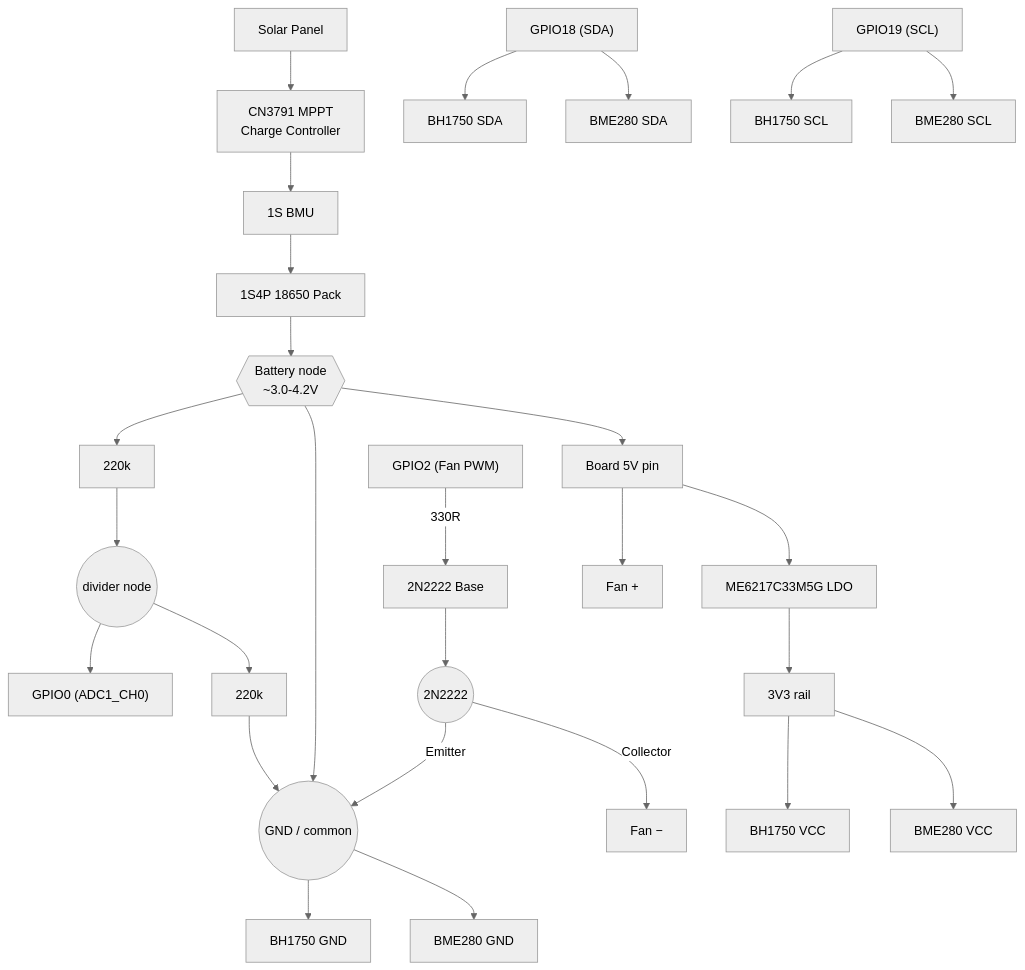
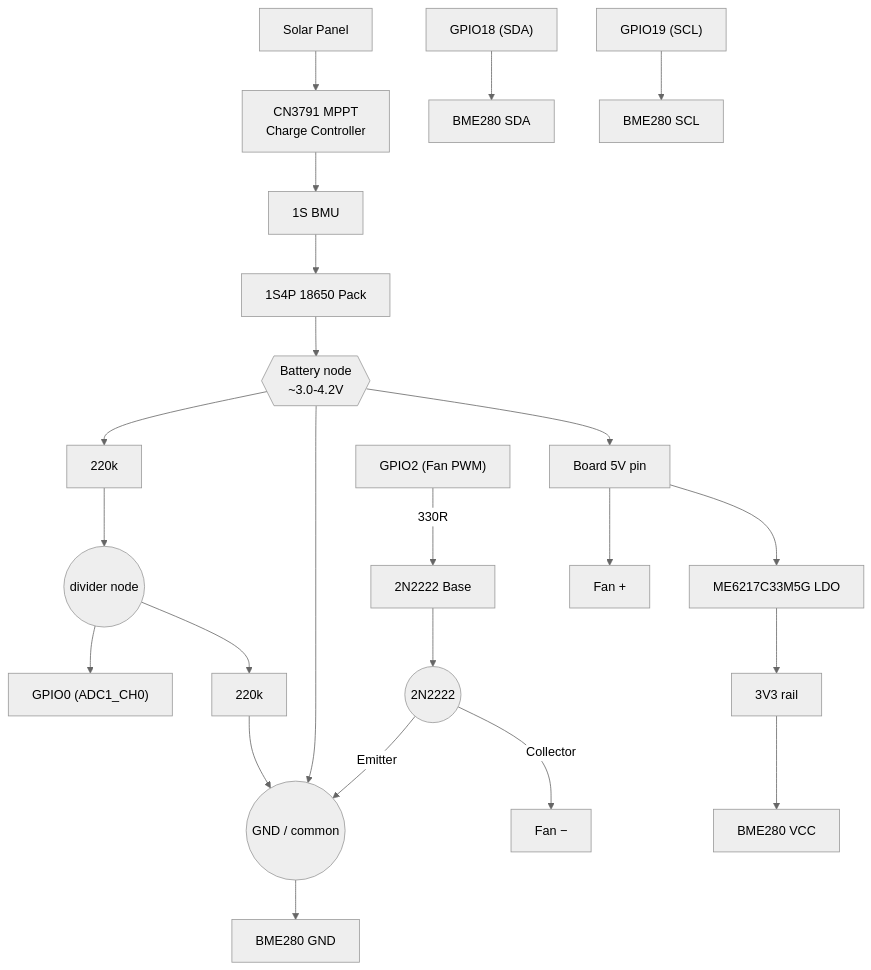
One commit to mcleancraig/weather-sensor-esp32 changed the diagram in README.md. Above: the diagram before and after it, drawn with Mermaid (neutral theme). The commit also changed other lines of this file and 2 other files, not shown here.

````diff
--- a/README.md
+++ b/README.md
@@ -83,34 +82,29 @@
 ```mermaid
 flowchart TD
     SOLAR[Solar Panel] --> CN3791[CN3791 MPPT<br/>Charge Controller]
     CN3791 --> BMU[1S BMU]
     BMU --> PACK[1S4P 18650 Pack]
     PACK --> VBATT{{"Battery node<br/>~3.0-4.2V"}}
 
     VBATT --> V5["Board 5V pin"]
     VBATT --> GND(("GND / common"))
     VBATT --> RA["220k"]
     RA --> ADCN(("divider node"))
     ADCN --> RB["220k"]
     RB --> GND
     ADCN --> GPIO0["GPIO0 (ADC1_CH0)"]
 
     V5 --> LDO["ME6217C33M5G LDO"]
     LDO --> V33["3V3 rail"]
 
     V33 --> BMEVCC["BME280 VCC"]
     GND --> BMEGND["BME280 GND"]
     GPIO18["GPIO18 (SDA)"] --> BMESDA["BME280 SDA"]
     GPIO19["GPIO19 (SCL)"] --> BMESCL["BME280 SCL"]
 
-    V33 --> BHVCC["BH1750 VCC"]
-    GND --> BHGND["BH1750 GND"]
-    GPIO18 --> BHSDA["BH1750 SDA"]
-    GPIO19 --> BHSCL["BH1750 SCL"]
-
     GPIO2["GPIO2 (Fan PWM)"] -->|330R| BASE["2N2222 Base"]
     BASE --> Q1(("2N2222"))
     Q1 -->|Collector| FANNEG["Fan −"]
     Q1 -->|Emitter| GND
     V5 --> FANPOS["Fan +"]
 ```
````
